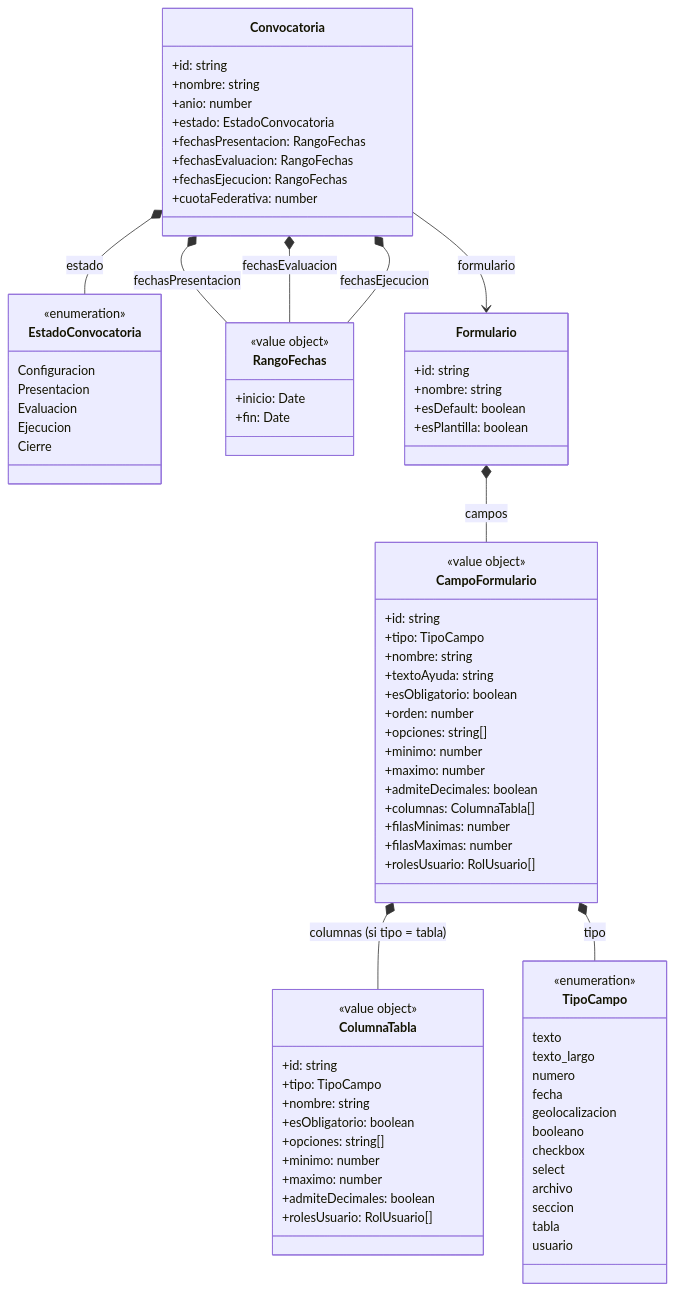
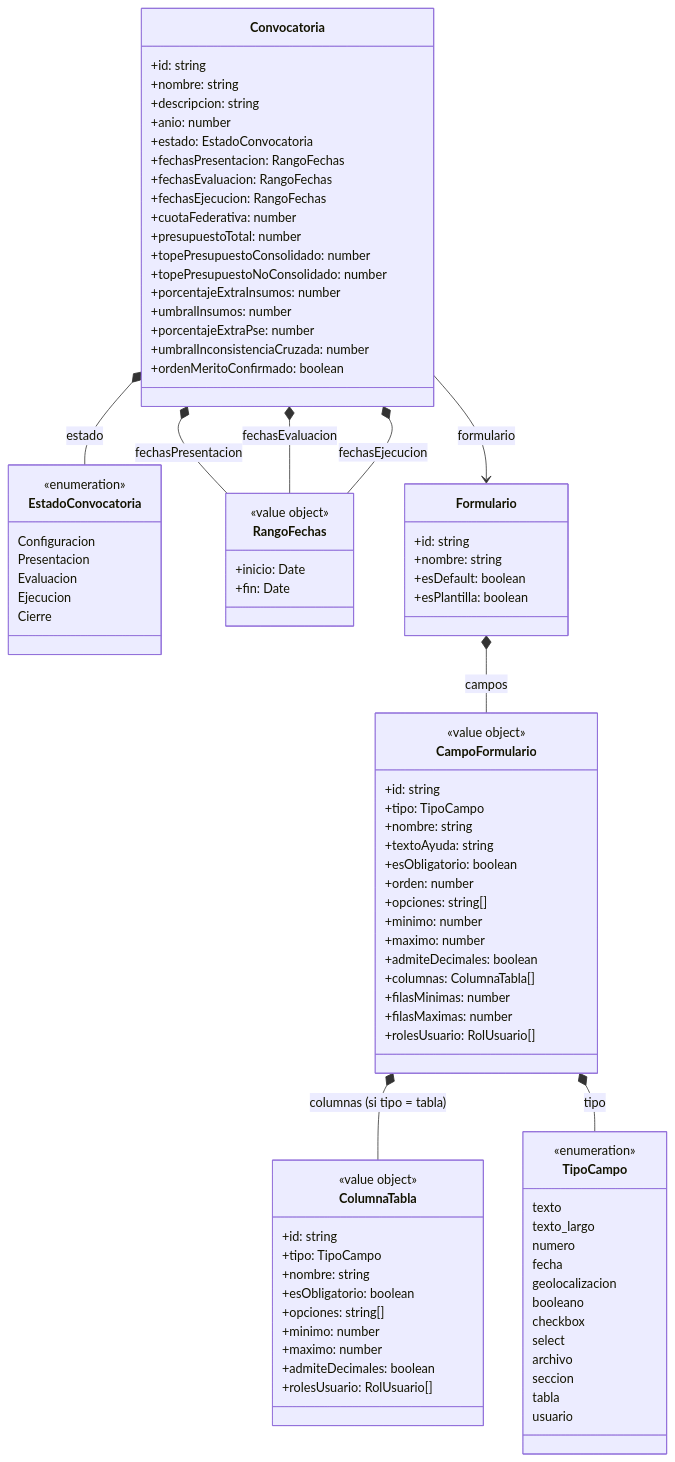
One commit to TPP-UBANEX/UBANEX changed the first of 10 diagrams in docs/dominio/modelo.md. Above: the diagram before and after it, drawn with Mermaid. The commit also changed other lines of this file and 3 other files, not shown here.

```diff
--- a/docs/dominio/modelo.md
+++ b/docs/dominio/modelo.md
@@ -7,12 +7,21 @@
     class Convocatoria {
         +id: string
         +nombre: string
+        +descripcion: string
         +anio: number
         +estado: EstadoConvocatoria
         +fechasPresentacion: RangoFechas
         +fechasEvaluacion: RangoFechas
         +fechasEjecucion: RangoFechas
         +cuotaFederativa: number
+        +presupuestoTotal: number
+        +topePresupuestoConsolidado: number
+        +topePresupuestoNoConsolidado: number
+        +porcentajeExtraInsumos: number
+        +umbralInsumos: number
+        +porcentajeExtraPse: number
+        +umbralInconsistenciaCruzada: number
+        +ordenMeritoConfirmado: boolean
     }
 
     class EstadoConvocatoria {
```
